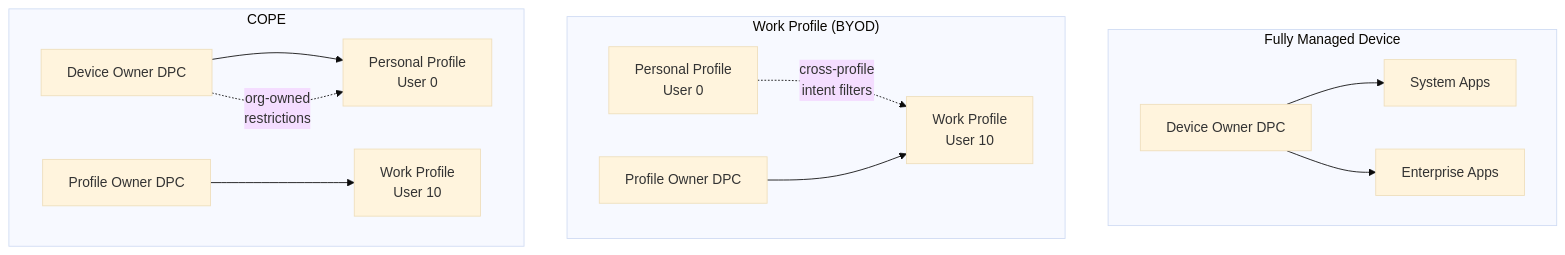
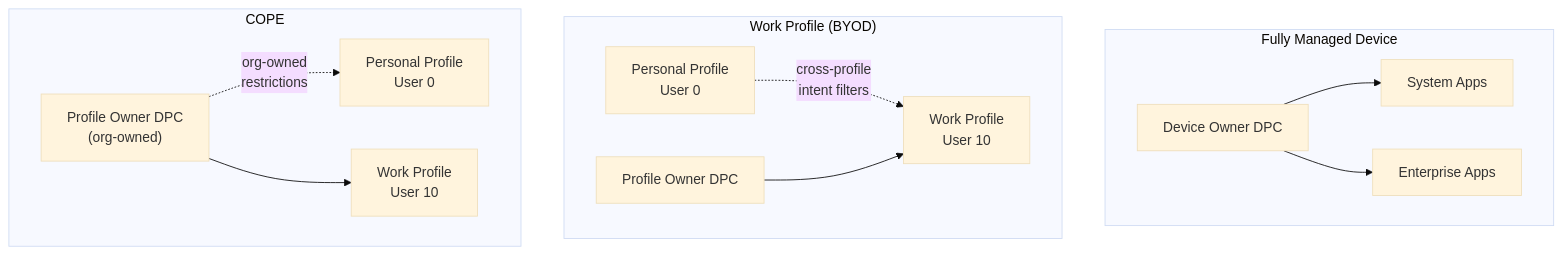
One commit to aospbooks/aosp-internal-book changed the first of 30 diagrams in agents/claude/skills/aosp-device-support/61-device-policy.md. Above: the diagram before and after it, drawn with Mermaid (base theme). The commit also changed other lines of this file and 218 other files, not shown here.

````diff
--- a/agents/claude/skills/aosp-device-support/61-device-policy.md
+++ b/agents/claude/skills/aosp-device-support/61-device-policy.md
@@ -47,28 +47,26 @@
 ```mermaid
 graph TB
     subgraph "Fully Managed Device"
         FMD_DO[Device Owner DPC]
         FMD_SYS[System Apps]
         FMD_WORK[Enterprise Apps]
         FMD_DO --> FMD_SYS
         FMD_DO --> FMD_WORK
     end
 
     subgraph "Work Profile (BYOD)"
         WP_PERSONAL["Personal Profile<br/>User 0"]
         WP_MANAGED["Work Profile<br/>User 10"]
         WP_PO[Profile Owner DPC]
         WP_PERSONAL -. "cross-profile<br/>intent filters" .-> WP_MANAGED
         WP_PO --> WP_MANAGED
     end
 
     subgraph "COPE"
-        COPE_DO[Device Owner DPC]
         COPE_PERSONAL["Personal Profile<br/>User 0"]
         COPE_WORK["Work Profile<br/>User 10"]
-        COPE_PO[Profile Owner DPC]
-        COPE_DO --> COPE_PERSONAL
+        COPE_PO["Profile Owner DPC<br/>(org-owned)"]
         COPE_PO --> COPE_WORK
-        COPE_DO -. "org-owned<br/>restrictions" .-> COPE_PERSONAL
+        COPE_PO -. "org-owned<br/>restrictions" .-> COPE_PERSONAL
     end
 ```
````
